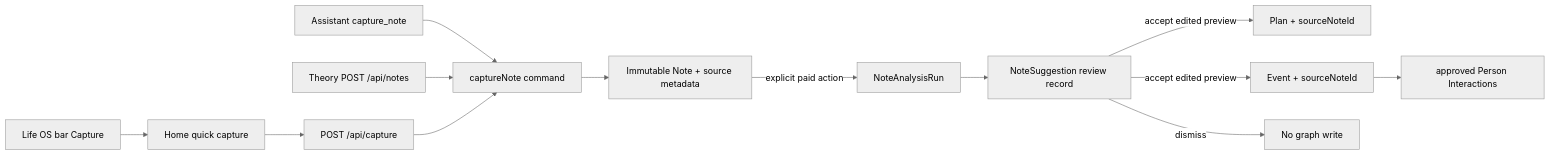
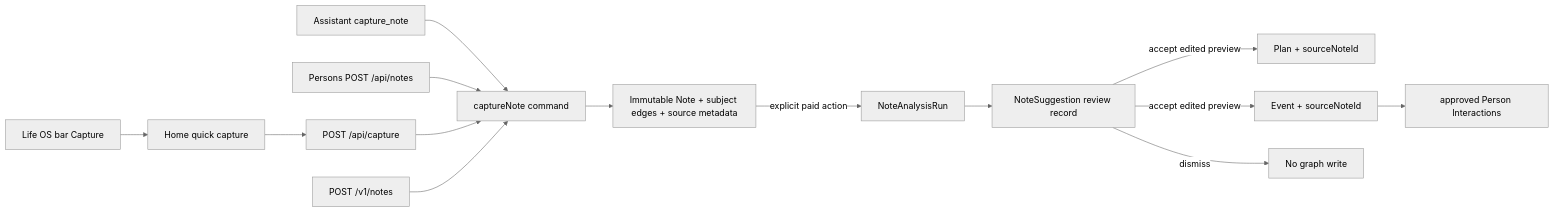
One commit to josephdfryer/life-os changed the third of 4 diagrams in docs/LIFE_OS_APP_ARCHITECTURE.md. Above: the diagram before and after it, drawn with Mermaid (neutral theme). The commit also changed other lines of this file and 58 other files, not shown here.

First line of the commit message:
refactor(theory-of): fold Theory of Person into Persons; theory-of becomes a redirect shell

````diff
--- a/docs/LIFE_OS_APP_ARCHITECTURE.md
+++ b/docs/LIFE_OS_APP_ARCHITECTURE.md
@@ -90,15 +98,16 @@
 ```mermaid
 flowchart LR
   Bar["Life OS bar Capture"] --> HomeCapture["Home quick capture"]
   HomeCapture --> HomeAPI["POST /api/capture"]
   AssistantCapture["Assistant capture_note"] --> Command["captureNote command"]
-  TheoryCapture["Theory POST /api/notes"] --> Command
+  PersonsCapture["Persons POST /api/notes"] --> Command
   HomeAPI --> Command
-  Command --> Note["Immutable Note + source metadata"]
+  CanonicalAPI["POST /v1/notes"] --> Command
+  Command --> Note["Immutable Note + subject edges + source metadata"]
   Note -->|explicit paid action| Run["NoteAnalysisRun"]
   Run --> Suggestion["NoteSuggestion review record"]
   Suggestion -->|accept edited preview| Plan["Plan + sourceNoteId"]
   Suggestion -->|accept edited preview| Event["Event + sourceNoteId"]
   Event --> Interaction["approved Person Interactions"]
   Suggestion -->|dismiss| Nothing["No graph write"]
 ```
````
